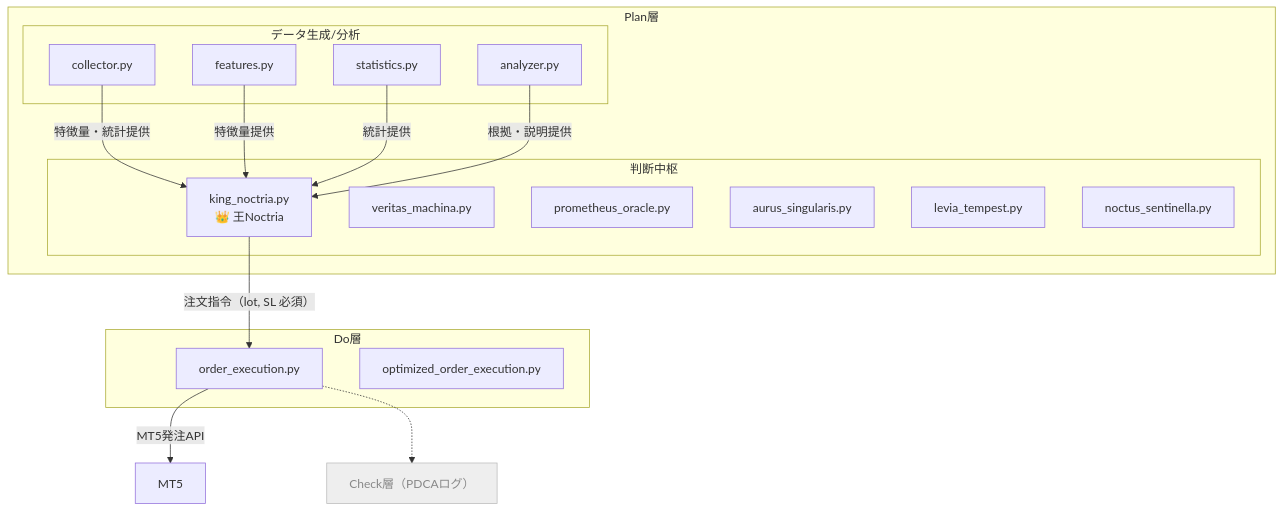
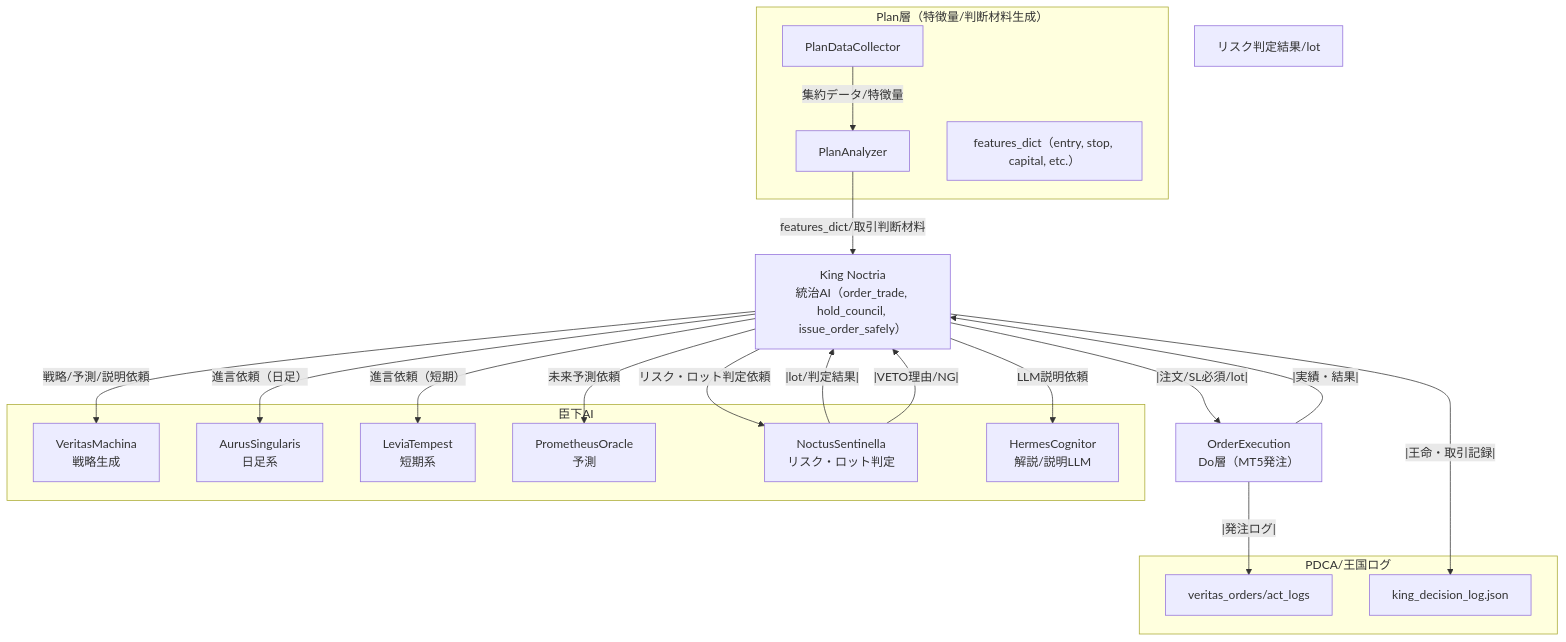
Before and after one commit to Noctria/noctria_kingdom: the diagram in docs/王国全体.mmd, drawn with Mermaid. The commit also changed other lines of this file, not shown here.

```diff
--- a/docs/王国全体.mmd
+++ b/docs/王国全体.mmd
@@ -1,40 +1,56 @@
 flowchart TD
 
-%% --- Plan層（P/補助AI含む） ---
-subgraph Plan["Plan層"]
-  subgraph PlanCore["判断中枢"]
-    KNO["king_noctria.py<br>👑 王Noctria"]
-    VERITAS["veritas_machina.py"]
-    PROME["prometheus_oracle.py"]
-    AURUS["aurus_singularis.py"]
-    LEVIA["levia_tempest.py"]
-    NOCTUS["noctus_sentinella.py"]
-  end
-
-  subgraph PlanData["データ生成/分析"]
-    COLLECTOR["collector.py"]
-    FEATURES["features.py"]
-    STATISTICS["statistics.py"]
-    ANALYZER["analyzer.py"]
-  end
-
-  COLLECTOR -- "特徴量・統計提供" --> KNO
-  FEATURES  -- "特徴量提供" --> KNO
-  STATISTICS -- "統計提供" --> KNO
-  ANALYZER -- "根拠・説明提供" --> KNO
+%% === Plan層 ===
+subgraph PLAN層[Plan層（特徴量/判断材料生成）]
+    COLLECTOR["PlanDataCollector"]
+    ANALYZER["PlanAnalyzer"]
+    FEATURES["features_dict（entry, stop, capital, etc.）"]
 end
 
-%% --- Do層（D/実行） ---
-subgraph Do["Do層"]
-  OE["order_execution.py"]
-  OOE["optimized_order_execution.py"]
+%% === 王（中央統治AI） ===
+KING["King Noctria<br>統治AI（order_trade, hold_council, issue_order_safely）"]
+
+%% === 臣下AI ===
+subgraph 臣下AI
+    VERITAS["VeritasMachina<br>戦略生成"]
+    AURUS["AurusSingularis<br>日足系"]
+    LEVIA["LeviaTempest<br>短期系"]
+    PROMETHEUS["PrometheusOracle<br>予測"]
+    NOCTUS["NoctusSentinella<br>リスク・ロット判定"]
+    HERMES["HermesCognitor<br>解説/説明LLM"]
 end
 
-%% --- 接続部 ---
-KNO -- "注文指令（lot, SL 必須）" --> OE
-OE -- "MT5発注API" --> MT5["MT5"]
+%% === Do層（注文実行/API） ===
+ORDER_EXEC["OrderExecution<br>Do層（MT5発注）"]
 
-OE -.-> CCheck["Check層（PDCAログ）"]
+%% === Check層 ===
+CHECK_RESULT["リスク判定結果/lot"]
 
-classDef gray fill:#eee,stroke:#bbb,color:#888;
-class CCheck gray;
+%% === PDCAログ ===
+subgraph LOGS["PDCA/王国ログ"]
+    PDCA_LOG["veritas_orders/act_logs"]
+    KING_LOG["king_decision_log.json"]
+end
+
+%% === フロー ===
+
+COLLECTOR -- 集約データ/特徴量 --> ANALYZER
+ANALYZER -- features_dict/取引判断材料 --> KING
+
+KING -- 戦略/予測/説明依頼 --> VERITAS
+KING -- 進言依頼（日足） --> AURUS
+KING -- 進言依頼（短期） --> LEVIA
+KING -- 未来予測依頼 --> PROMETHEUS
+KING -- LLM説明依頼 --> HERMES
+
+KING -- リスク・ロット判定依頼 --> NOCTUS
+NOCTUS --|lot/判定結果|--> KING
+
+KING --|注文/SL必須/lot|--> ORDER_EXEC
+
+ORDER_EXEC --|実績・結果|--> KING
+KING --|王命・取引記録|--> KING_LOG
+ORDER_EXEC --|発注ログ|--> PDCA_LOG
+
+%% === Check層（Check/再評価・VETO時）===
+NOCTUS --|VETO理由/NG|--> KING
```
